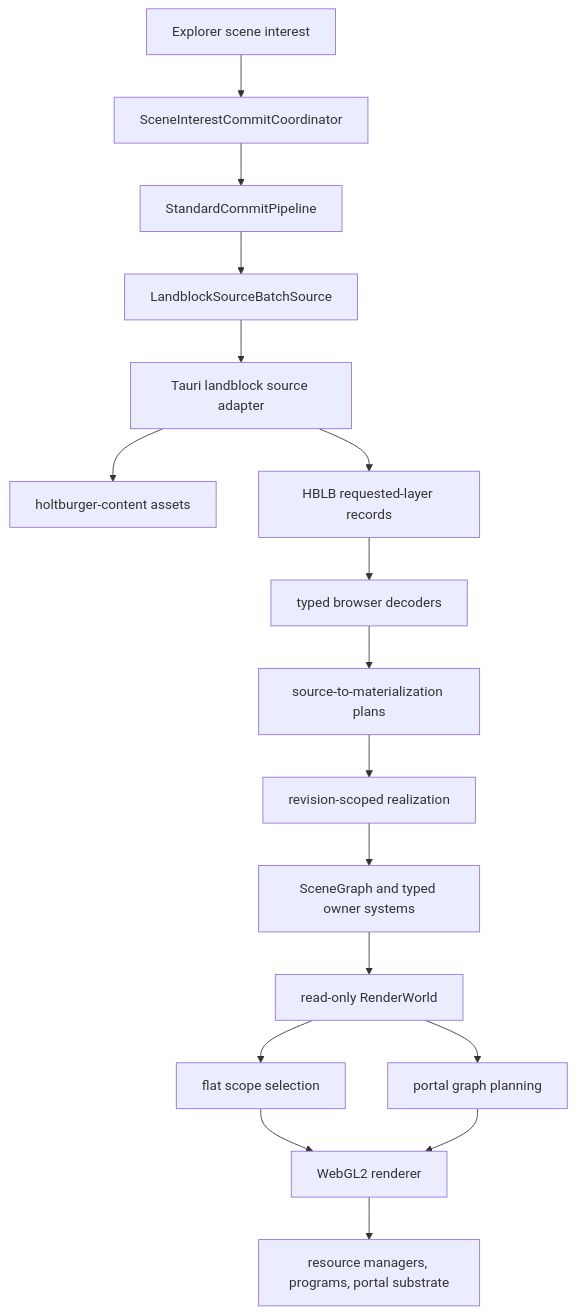
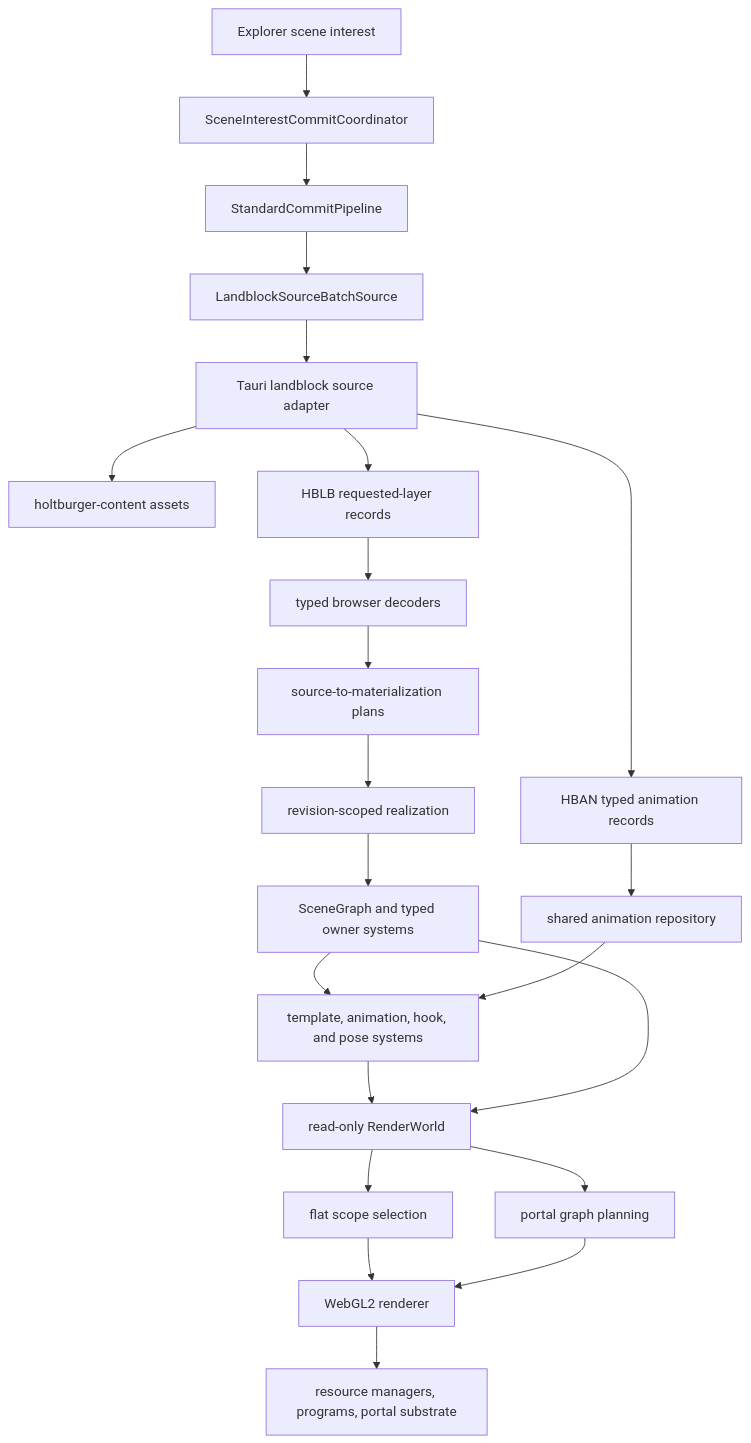
Before and after one commit to merklejerk/holtburger: the first of 2 diagrams in apps/holtburger-3d/ARCHITECTURE_AUDIT.md, drawn with Mermaid. The commit also changed other lines of this file and 84 other files, not shown here.

First line of the commit message:
Add static-authored dynamic animation runtime

````diff
--- a/apps/holtburger-3d/ARCHITECTURE_AUDIT.md
+++ b/apps/holtburger-3d/ARCHITECTURE_AUDIT.md
@@ -23,19 +23,24 @@
 ```mermaid
 flowchart TD
     Interest[Explorer scene interest] --> Coordinator[SceneInterestCommitCoordinator]
     Coordinator --> Pipeline[StandardCommitPipeline]
     Pipeline --> Batch[LandblockSourceBatchSource]
     Batch --> Host[Tauri landblock source adapter]
     Host --> Content[holtburger-content assets]
     Host --> HBLB[HBLB requested-layer records]
     HBLB --> Decode[typed browser decoders]
     Decode --> Materialize[source-to-materialization plans]
     Materialize --> Realize[revision-scoped realization]
     Realize --> Systems[SceneGraph and typed owner systems]
+    Host --> HBAN[HBAN typed animation records]
+    HBAN --> AnimRepo[shared animation repository]
+    Systems --> Dynamic[template, animation, hook, and pose systems]
+    AnimRepo --> Dynamic
+    Dynamic --> World
     Systems --> World[read-only RenderWorld]
     World --> Flat[flat scope selection]
     World --> Portal[portal graph planning]
     Flat --> Renderer[WebGL2 renderer]
     Portal --> Renderer
     Renderer --> Device[resource managers, programs, portal substrate]
 ```
````
